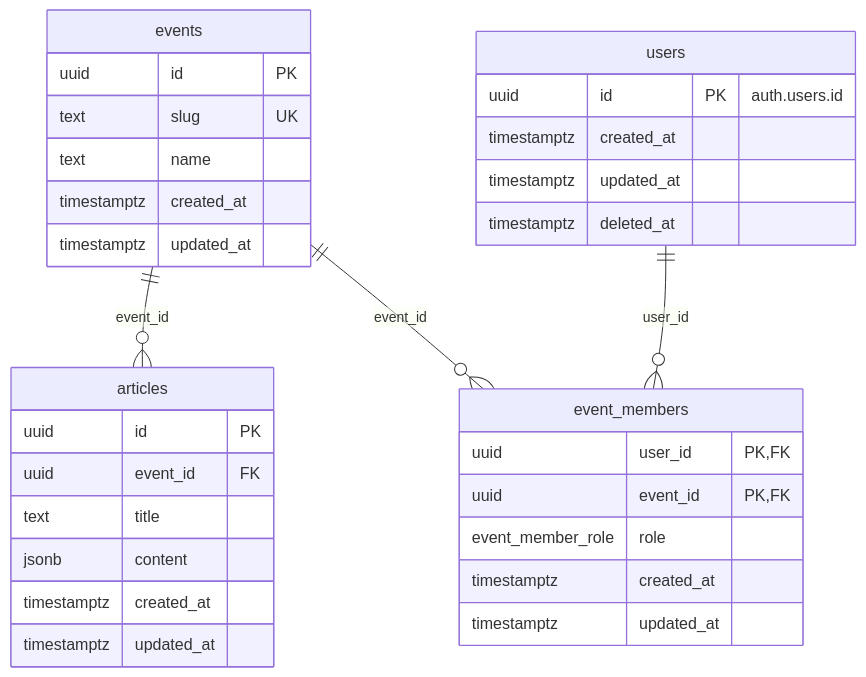
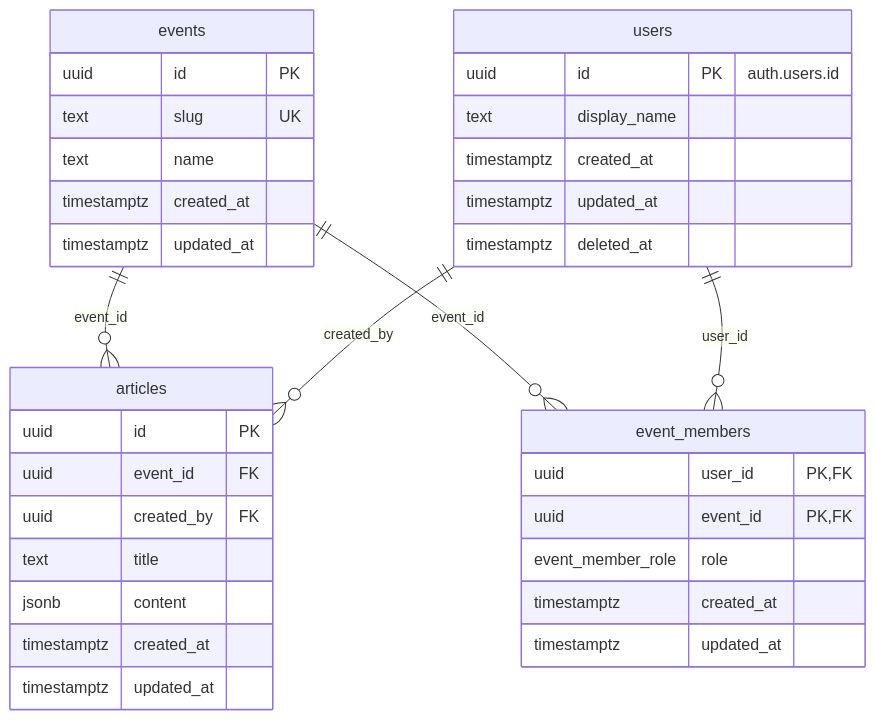
Before and after one commit to Studio-Takumi/fesp-suite: the diagram in docs/db.md, drawn with Mermaid. The commit also changed other lines of this file and 2 other files, not shown here.

Commit message:
docs: #36 記事の作成者（created_by）とユーザーの表示名の仕様を追加

````diff
--- a/docs/db.md
+++ b/docs/db.md
@@ -3,38 +3,41 @@
 ```mermaid
 erDiagram
     events ||--o{ articles : "event_id"
     events ||--o{ event_members : "event_id"
     users ||--o{ event_members : "user_id"
+    users ||--o{ articles : "created_by"
 
     events {
         uuid id PK
         text slug UK
         text name
         timestamptz created_at
         timestamptz updated_at
     }
 
     articles {
         uuid id PK
         uuid event_id FK
+        uuid created_by FK
         text title
         jsonb content
         timestamptz created_at
         timestamptz updated_at
     }
 
     users {
         uuid id PK "auth.users.id"
+        text display_name
         timestamptz created_at
         timestamptz updated_at
         timestamptz deleted_at
     }
 
     event_members {
         uuid user_id PK,FK
         uuid event_id PK,FK
         event_member_role role
         timestamptz created_at
         timestamptz updated_at
     }
 ```
````
